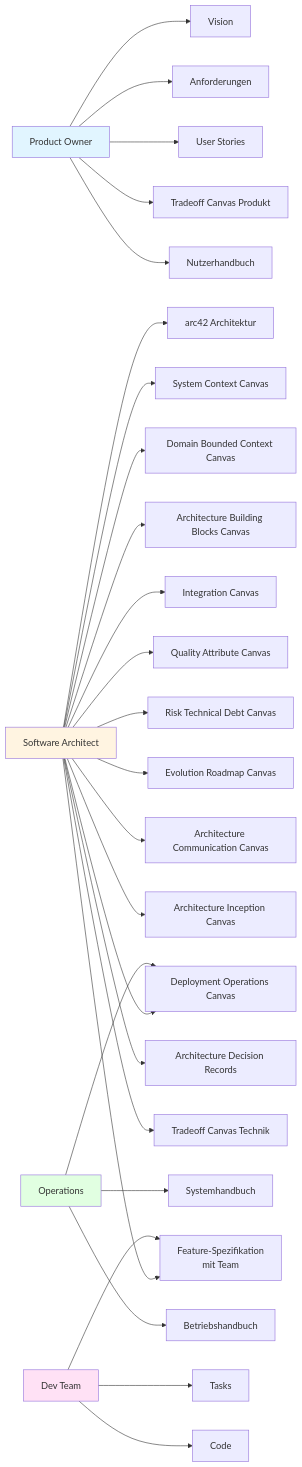
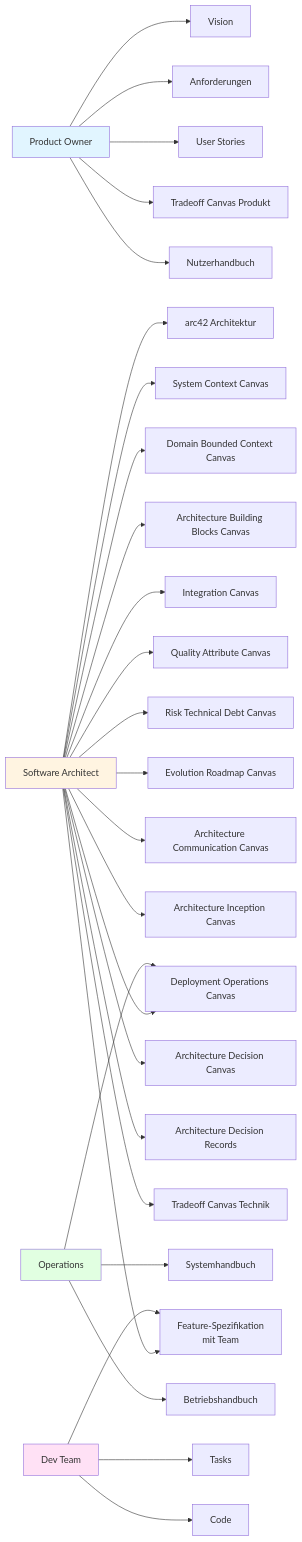
One commit to bfblog/docpilot changed the second of 3 diagrams in prompt/_koordinator.md. Above: the diagram before and after it, drawn with Mermaid. The commit also changed other lines of this file and 12 other files, not shown here.

````diff
--- a/prompt/_koordinator.md
+++ b/prompt/_koordinator.md
@@ -228,37 +229,38 @@
 ```mermaid
 graph LR
     PO[Product Owner] --> V[Vision]
     PO --> R[Anforderungen]
     PO --> US[User Stories]
     PO --> TCPP[Tradeoff Canvas Produkt]
     
     SA[Software Architect] --> ARC[arc42 Architektur]
     SA --> SCC[System Context Canvas]
     SA --> DBC[Domain Bounded Context Canvas]
     SA --> ABB[Architecture Building Blocks Canvas]
     SA --> INT[Integration Canvas]
     SA --> DPO[Deployment Operations Canvas]
     SA --> QAC[Quality Attribute Canvas]
     SA --> RTD[Risk Technical Debt Canvas]
     SA --> ERV[Evolution Roadmap Canvas]
     SA --> ACC[Architecture Communication Canvas]
     SA --> AIC[Architecture Inception Canvas]
+    SA --> ADC[Architecture Decision Canvas]
     SA --> ADR[Architecture Decision Records]
     SA --> TCPT[Tradeoff Canvas Technik]
     SA --> FS[Feature-Spezifikation<br/>mit Team]
     
     DT[Dev Team] --> FS
     DT --> T[Tasks]
     DT --> C[Code]
     
     OPS[Operations] --> SH[Systemhandbuch]
     OPS --> OH[Betriebshandbuch]
     OPS --> DPO
     
     PO --> NH[Nutzerhandbuch]
     
     style PO fill:#e1f5ff
     style SA fill:#fff4e1
     style DT fill:#ffe1f5
     style OPS fill:#e1ffe1
 ```
````
